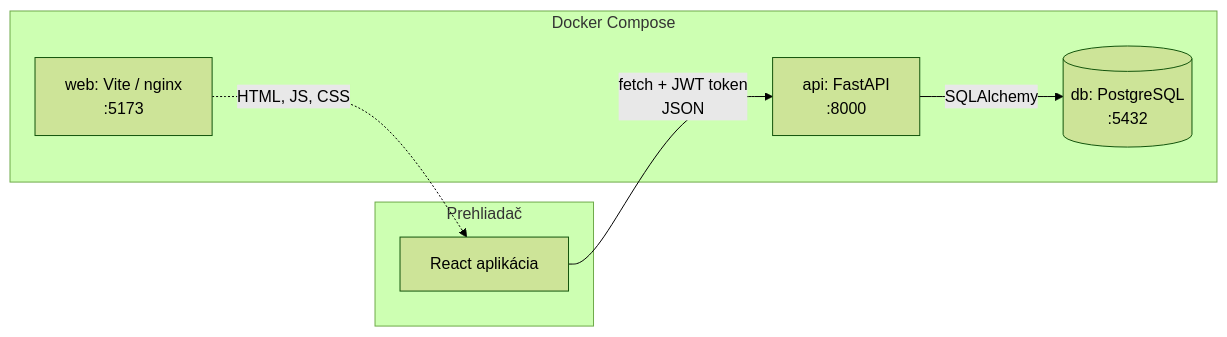
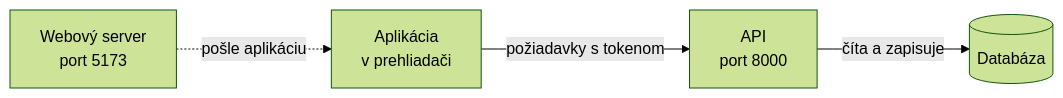
The first of 3 diagrams in README.md (Matus1232/car-fleet-), drawn with Mermaid (forest theme) before and after one commit. The commit also changed other lines of this file, not shown here.

````diff
--- a/README.md
+++ b/README.md
@@ -32,12 +47,6 @@
 ```mermaid
 flowchart LR
-    subgraph browser["Prehliadač"]
-        F["React aplikácia"]
-    end
-    F -- "fetch + JWT token<br>JSON" --> A
-    subgraph docker["Docker Compose"]
-        W["web: Vite / nginx<br>:5173"]
-        A["api: FastAPI<br>:8000"] -- "SQLAlchemy" --> D[("db: PostgreSQL<br>:5432")]
-    end
-    W -. "HTML, JS, CSS" .-> F
+    W["Webový server<br>port 5173"] -. "pošle aplikáciu" .-> F["Aplikácia<br>v prehliadači"]
+    F -- "požiadavky s tokenom" --> A["API<br>port 8000"]
+    A -- "číta a zapisuje" --> D[("Databáza")]
 ```
````
